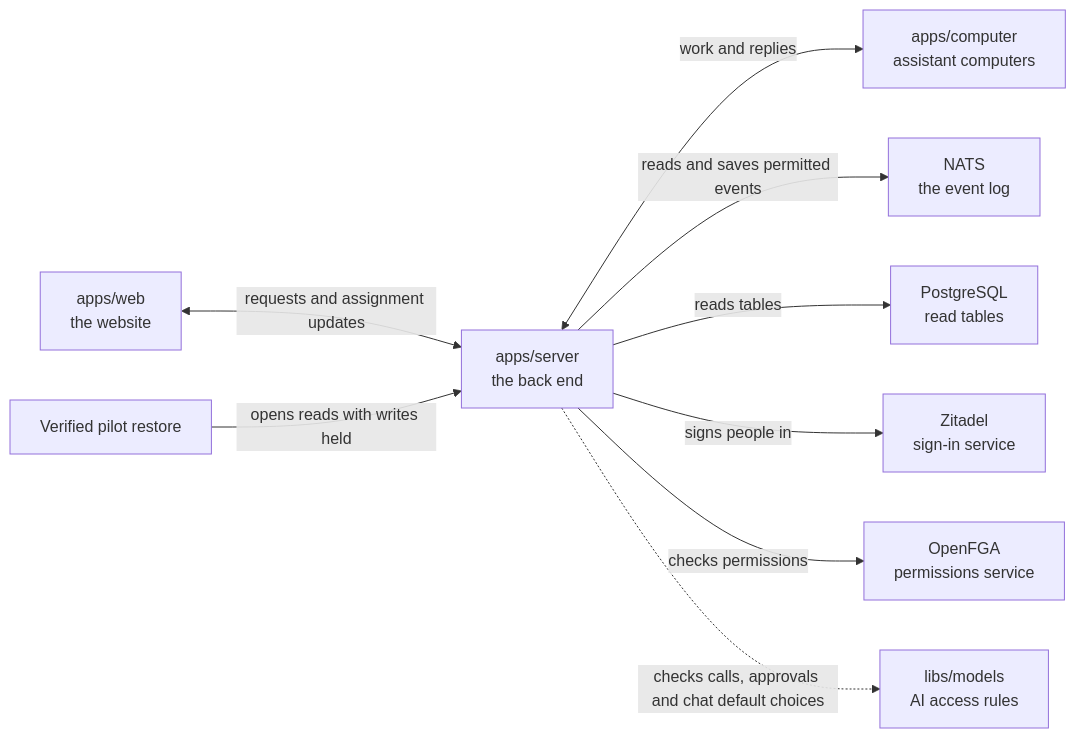
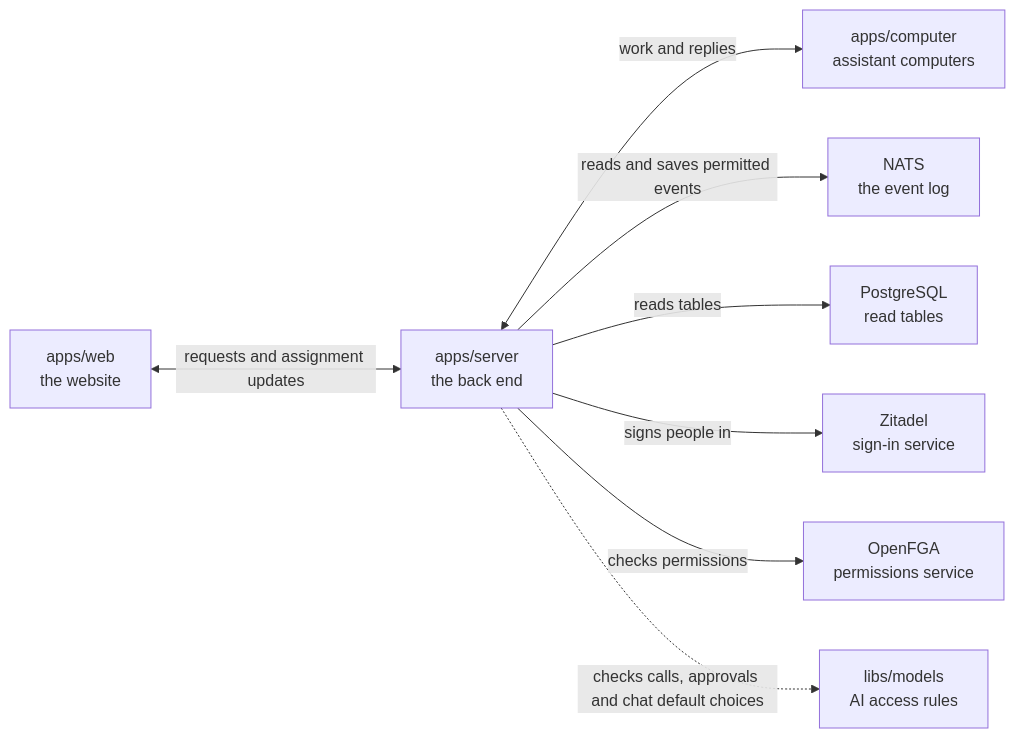
The diagram in apps/server/README.md (elewa-git/opencrane-new), drawn with Mermaid before and after one commit. The commit also changed other lines of this file and 23 other files, not shown here.

````diff
--- a/apps/server/README.md
+++ b/apps/server/README.md
@@ -19,11 +19,10 @@
 ```mermaid
 flowchart LR
   web["apps/web<br/>the website"] <-->|requests and assignment updates| server["apps/server<br/>the back end"]
   server <-->|work and replies| computer["apps/computer<br/>assistant computers"]
   server -->|reads and saves permitted events| nats["NATS<br/>the event log"]
   server -->|reads tables| postgres["PostgreSQL<br/>read tables"]
   server -->|signs people in| zitadel["Zitadel<br/>sign-in service"]
   server -->|checks permissions| openfga["OpenFGA<br/>permissions service"]
-  restore["Verified pilot restore"] -->|opens reads with writes held| server
   server -.->|checks calls, approvals and chat default choices| models["libs/models<br/>AI access rules"]
 ```
````
